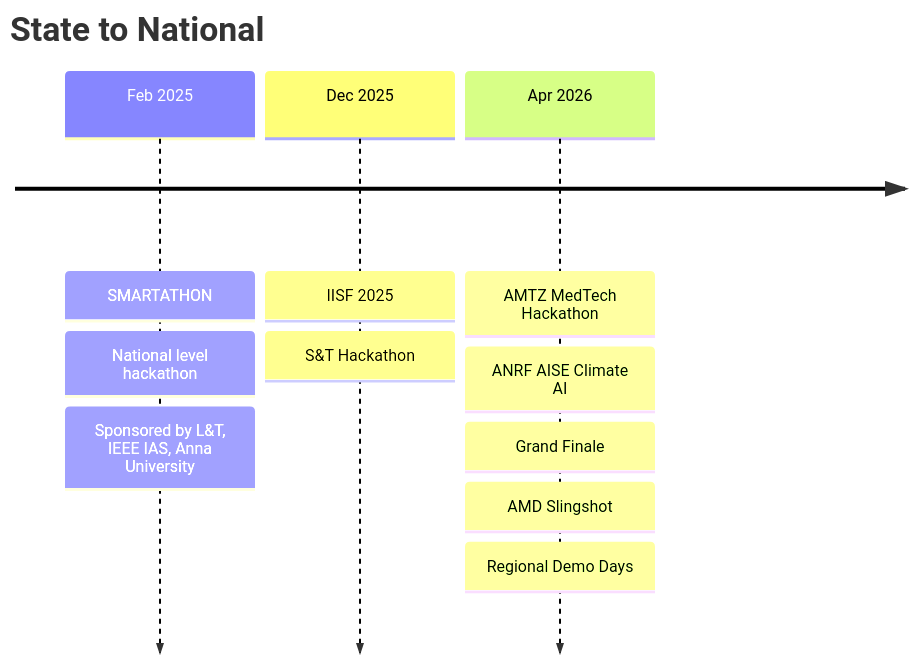
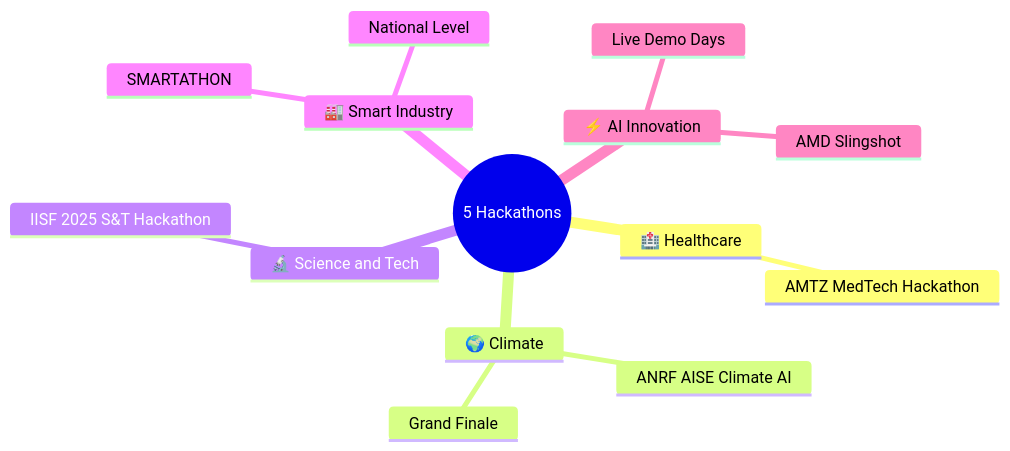
The second of 3 diagrams in README.md (Kabil0x/Kabil0x), drawn with Mermaid before and after one commit. The commit also changed other lines of this file, not shown here.

````diff
--- a/README.md
+++ b/README.md
@@ -112,9 +114,17 @@
 ```mermaid
-timeline
-    title State to National
-    Feb 2025 : SMARTATHON : National level hackathon : Sponsored by L&T, IEEE IAS, Anna University
-    Dec 2025 : IISF 2025 : S&T Hackathon
-    Apr 2026 : AMTZ MedTech Hackathon
-           : ANRF AISE Climate AI : Grand Finale
-           : AMD Slingshot : Regional Demo Days
+mindmap
+  root((5 Hackathons))
+    🏥 Healthcare
+      AMTZ MedTech Hackathon
+    🌍 Climate
+      ANRF AISE Climate AI
+      Grand Finale
+    🔬 Science and Tech
+      IISF 2025 S&T Hackathon
+    🏭 Smart Industry
+      SMARTATHON
+      National Level
+    ⚡ AI Innovation
+      AMD Slingshot
+      Live Demo Days
 ```
````
